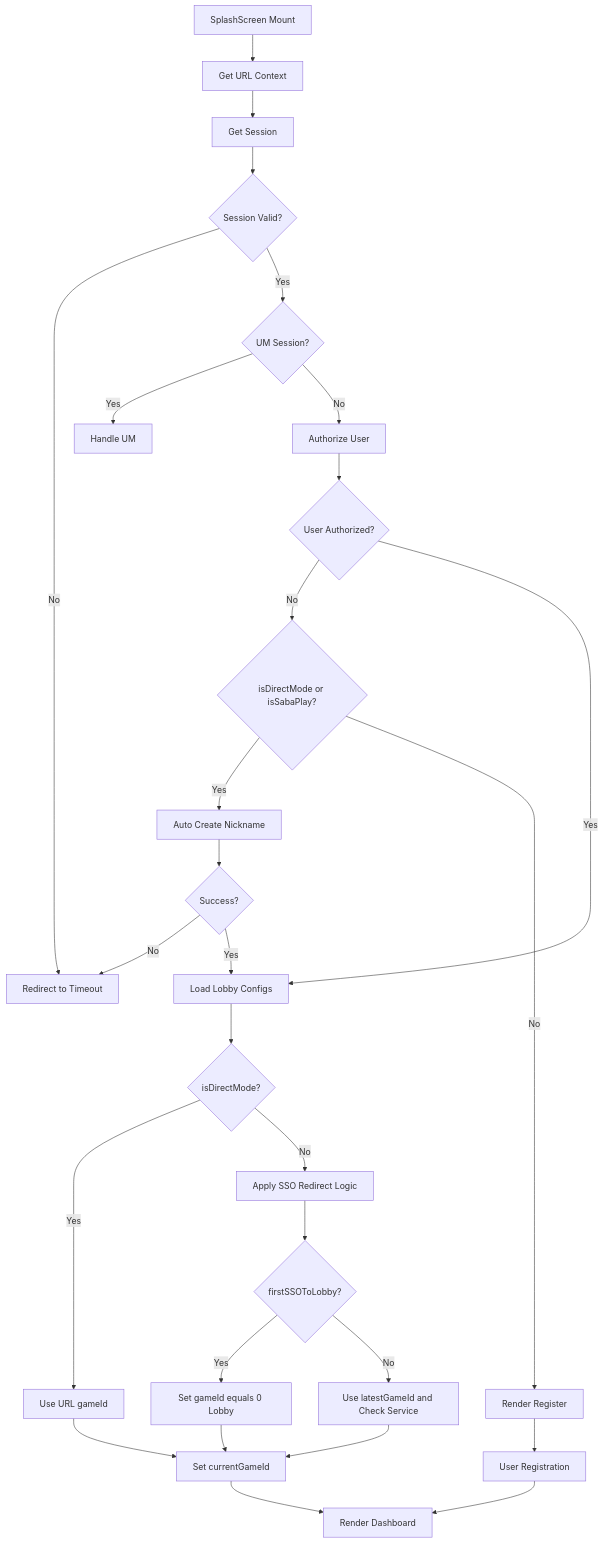
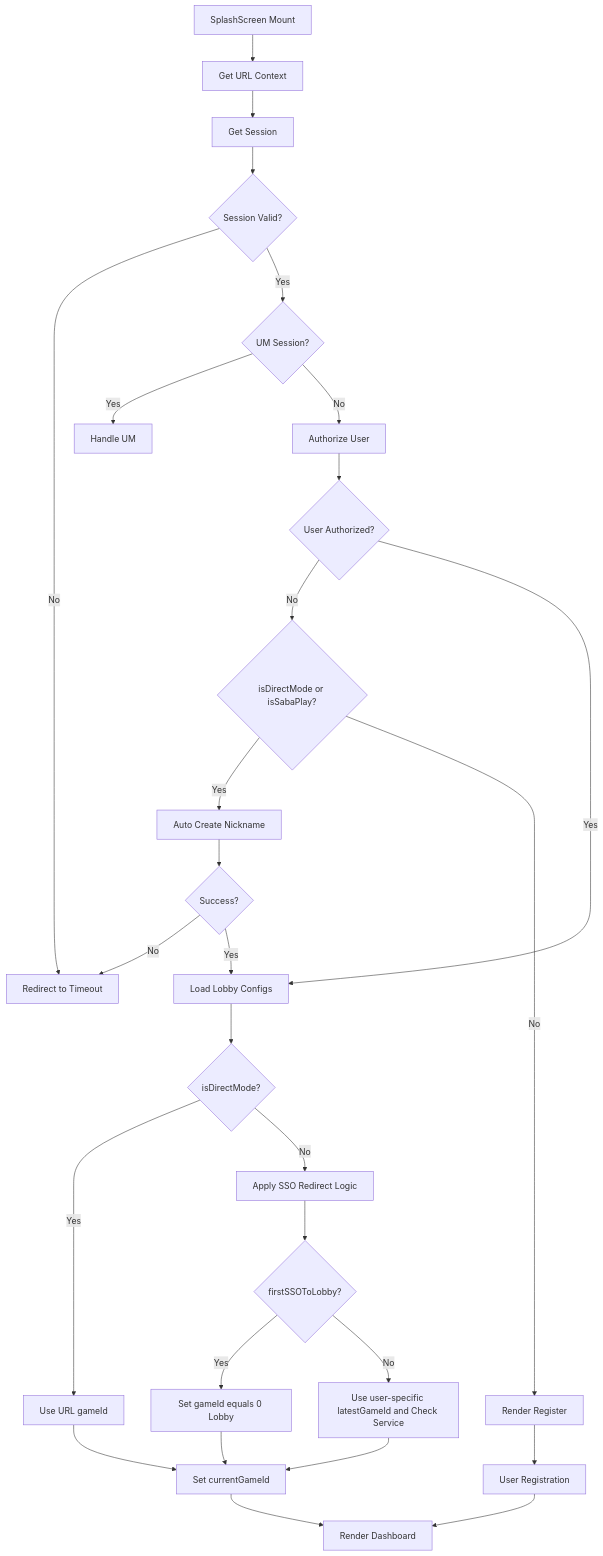
Before and after one commit to starixvn/l1_game-clients_number-games_gn-game-client: the second of 6 diagrams in docs/URL_Context_Analysis.md, drawn with Mermaid. The commit also changed other lines of this file and 8 other files, not shown here.

````diff
--- a/docs/URL_Context_Analysis.md
+++ b/docs/URL_Context_Analysis.md
@@ -99,38 +171,38 @@
 ```mermaid
 flowchart TD
     A2[SplashScreen Mount] --> B2[Get URL Context]
     B2 --> C2[Get Session]
     C2 --> D2{Session Valid?}
     D2 -->|No| E2[Redirect to Timeout]
     D2 -->|Yes| F2{UM Session?}
 
     F2 -->|Yes| G2[Handle UM]
     F2 -->|No| H2[Authorize User]
 
     H2 --> I2{User Authorized?}
     I2 -->|No| J2{isDirectMode or isSabaPlay?}
     I2 -->|Yes| K2[Load Lobby Configs]
 
     J2 -->|Yes| L2[Auto Create Nickname]
     J2 -->|No| M2[Render Register]
 
     L2 --> N2{Success?}
     N2 -->|No| E2
     N2 -->|Yes| K2
 
     K2 --> O2{isDirectMode?}
     O2 -->|Yes| P2[Use URL gameId]
     O2 -->|No| Q2[Apply SSO Redirect Logic]
 
     Q2 --> R2{firstSSOToLobby?}
     R2 -->|Yes| S2[Set gameId equals 0 Lobby]
-    R2 -->|No| T2[Use latestGameId and Check Service]
+    R2 -->|No| T2[Use user-specific latestGameId and Check Service]
 
     P2 --> U2[Set currentGameId]
     S2 --> U2
     T2 --> U2
 
     U2 --> V2[Render Dashboard]
     M2 --> W2[User Registration]
     W2 --> V2
 ```
````
